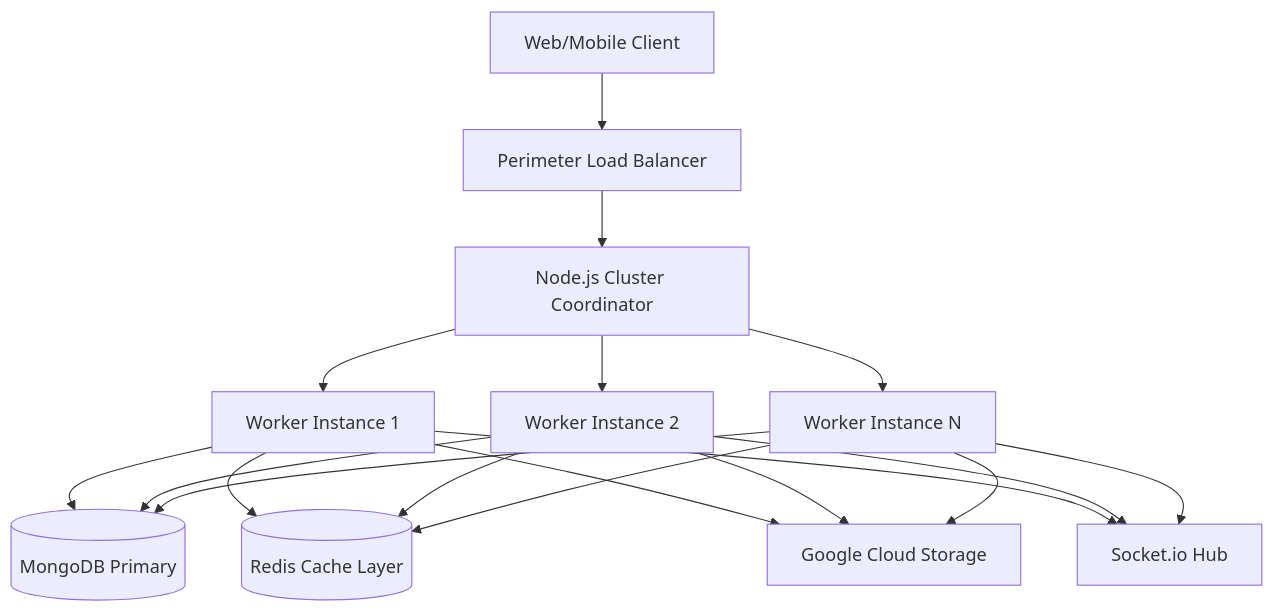
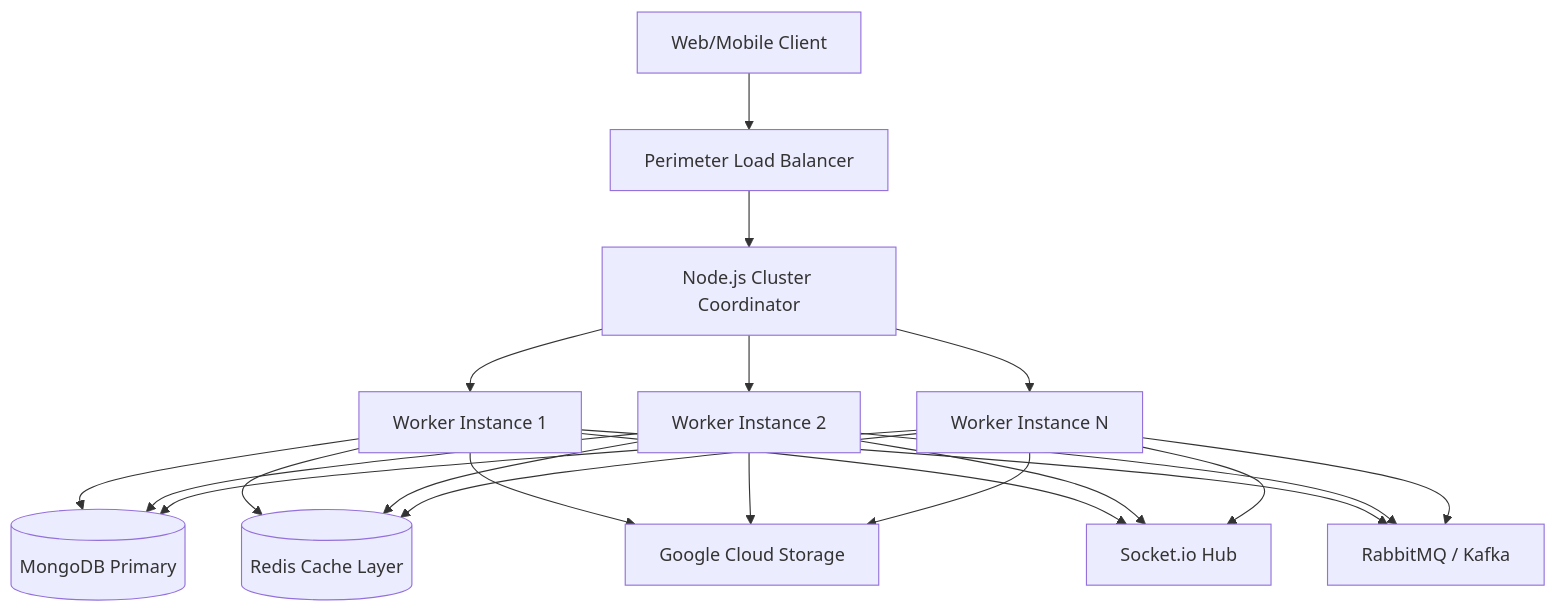
The first of 5 diagrams in README.md (foysalahmedmin/z-news-server), drawn with Mermaid before and after one commit. The commit also changed other lines of this file, not shown here.

````diff
--- a/README.md
+++ b/README.md
@@ -125,22 +142,24 @@
 ```mermaid
 graph TB
     Client[Web/Mobile Client]
     LB[Perimeter Load Balancer]
     Cluster[Node.js Cluster Coordinator]
     W1[Worker Instance 1]
     W2[Worker Instance 2]
     WN[Worker Instance N]
 
     DB[(MongoDB Primary)]
     Cache[(Redis Cache Layer)]
     GCS[Google Cloud Storage]
     Socket[Socket.io Hub]
+    MQ[RabbitMQ / Kafka]
 
     Client --> LB
     LB --> Cluster
     Cluster --> W1 & W2 & WN
     W1 & W2 & WN --> DB
     W1 & W2 & WN --> Cache
     W1 & W2 & WN --> GCS
     W1 & W2 & WN --> Socket
+    W1 & W2 & WN --> MQ
 ```
````
